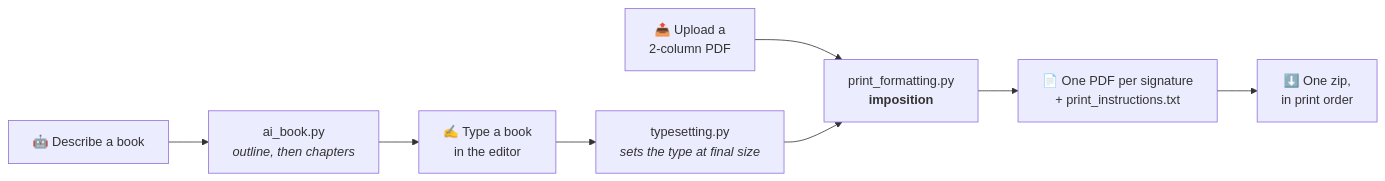
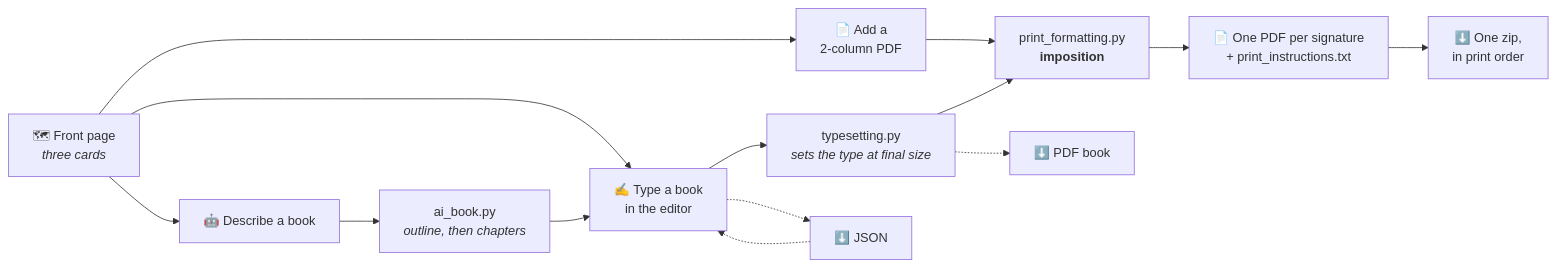
One commit to DariuszKrych/Bookbinding_Signature_Creator_App changed the first of 3 diagrams in README.md. Above: the diagram before and after it, drawn with Mermaid. The commit also changed other lines of this file and 13 other files, not shown here.

````diff
--- a/README.md
+++ b/README.md
@@ -61,10 +67,16 @@
 ```mermaid
 flowchart LR
+    H["🗺 Front page<br/><i>three cards</i>"] --> A
+    H --> B
+    H --> G
     B["✍️ Type a book<br/>in the editor"] --> T["typesetting.py<br/><i>sets the type at final size</i>"]
     G["🤖 Describe a book"] --> AI["ai_book.py<br/><i>outline, then chapters</i>"]
     AI --> B
-    A["📤 Upload a<br/>2-column PDF"] --> C
+    A["📄 Add a<br/>2-column PDF"] --> C
     T --> C["print_formatting.py<br/><b>imposition</b>"]
+    B -.-> J["⬇️ JSON"]
+    T -.-> P["⬇️ PDF book"]
     C --> D["📄 One PDF per signature<br/>+ print_instructions.txt"]
     D --> E["⬇️ One zip,<br/>in print order"]
+    J -.-> B
 ```
````
